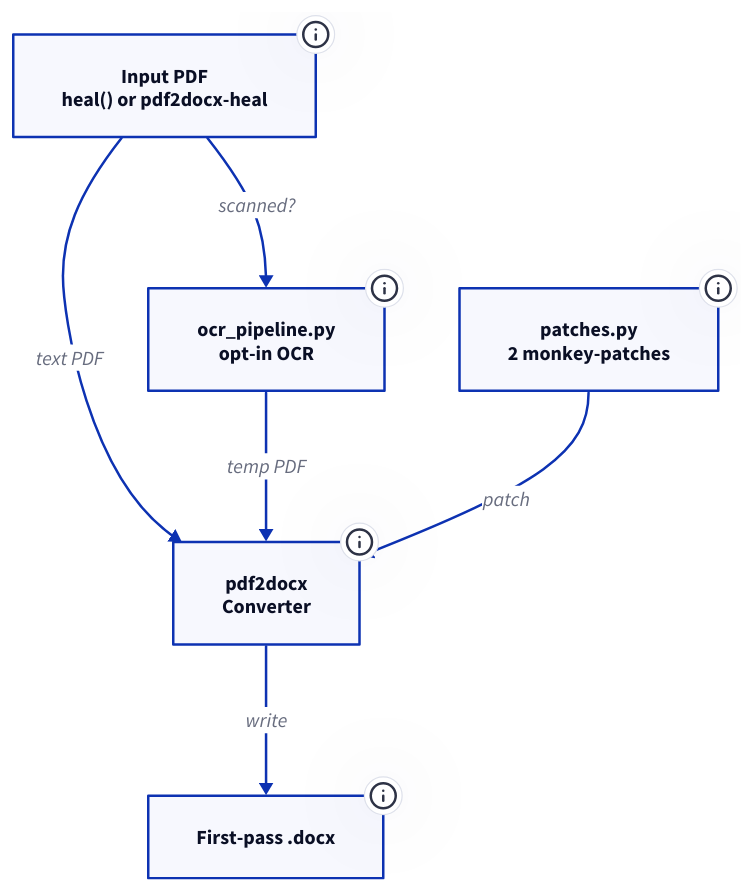
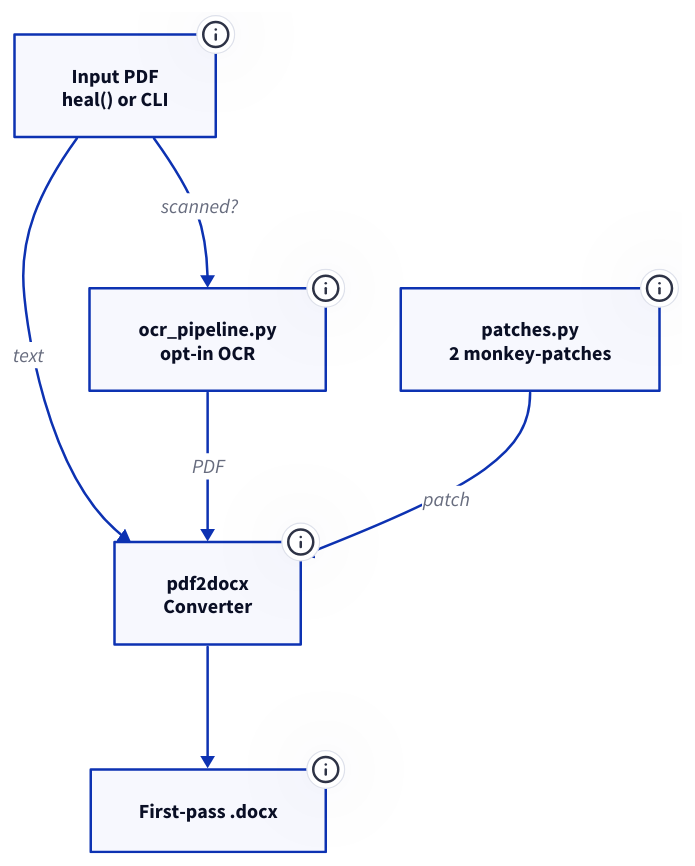
One commit to kunalgoesbyken/portfoliov1 changed the diagram in data/projects/diagrams/pdf2docx-healer-convert.d2. Above: the diagram before and after it, drawn with D2. The commit also changed 50 other files, not shown here.

First line of the commit message:
Fill the column with every architecture diagram

```diff
--- a/data/projects/diagrams/pdf2docx-healer-convert.d2
+++ b/data/projects/diagrams/pdf2docx-healer-convert.d2
@@ -1,30 +1,30 @@
-pdf: Input PDF\nheal() or pdf2docx-heal {
+pdf: Input PDF\nheal() or CLI {
   class: external
   tooltip: "Text or scanned. heal() in converter.py is the entry point, and the pdf2docx-heal command in cli.py calls it with flags for OCR and for switching each repair off."
 }
 
 ocr: ocr_pipeline.py\nopt-in OCR {
   class: model
   tooltip: "Runs only with --ocr. A page with under 50 characters of text counts as scanned, and when more than 30 percent of pages are scanned each one is rendered at 300 DPI and OCR'd by PyMuPDF's Tesseract call into a temp PDF. A page whose OCR fails is copied unchanged."
 }
 
 patches: patches.py\n2 monkey-patches {
   class: service
   tooltip: "Replaces pdf2docx.common.share.is_list_item, which never matches upstream, and wraps Blocks.collect_stream_lines to force list_not_table=True. Applied once per process, only when list repair is on."
 }
 
 convert: pdf2docx\nConverter {
   class: service
   tooltip: "The upstream converter, unmodified apart from the two patches. It writes the first-pass .docx to disk."
 }
 
 draft: First-pass .docx {
   class: store
   tooltip: "What plain pdf2docx would hand you: list items merged into one paragraph, links as plain text, fonts as named in the PDF. The repair passes edit this file in place."
 }
 
 pdf -> ocr: scanned?
-pdf -> convert: text PDF
-ocr -> convert: temp PDF
+pdf -> convert: text
+ocr -> convert: PDF
 patches -> convert: patch
-convert -> draft: write
+convert -> draft
```
